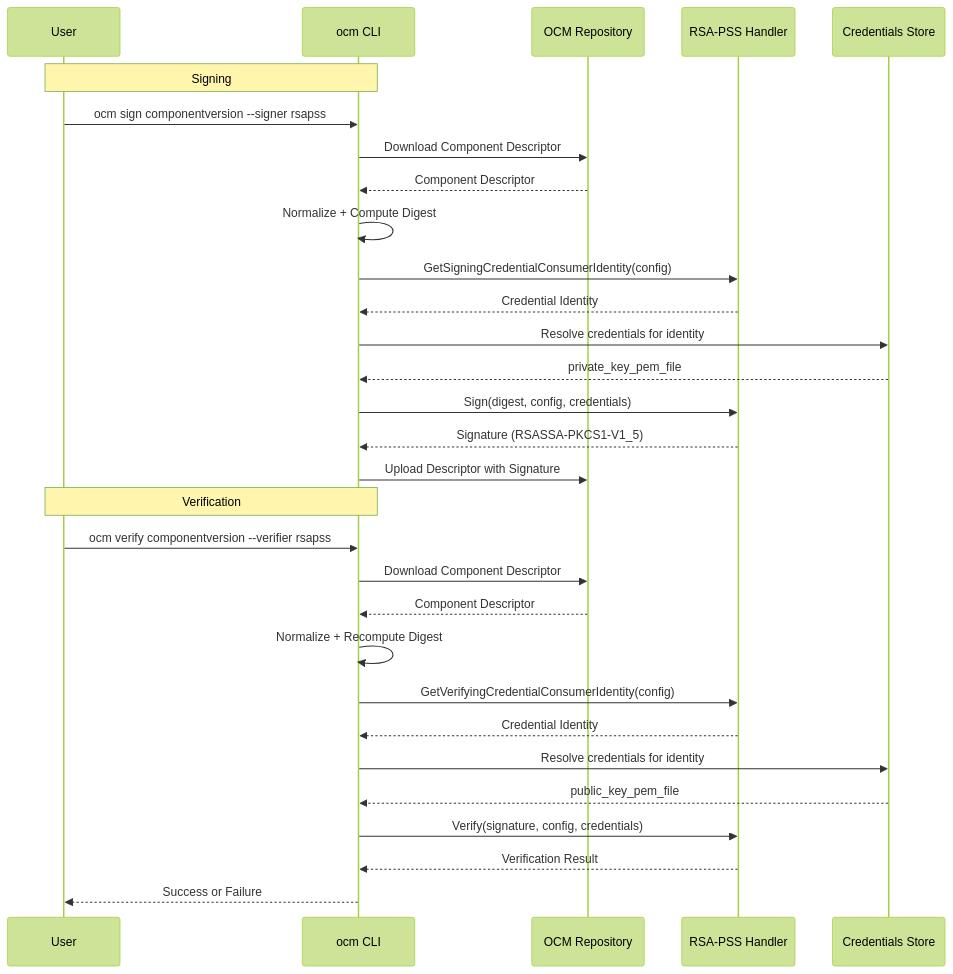
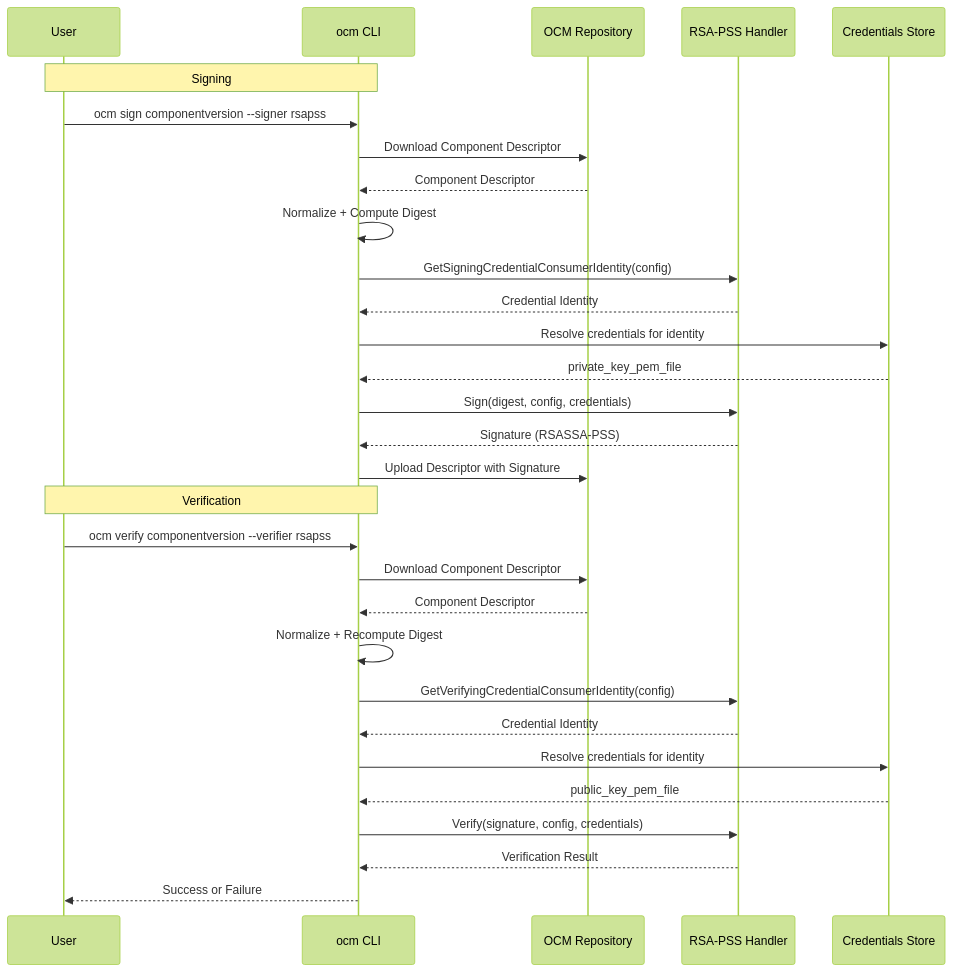
Before and after one commit to open-component-model/open-component-model: the second of 3 diagrams in docs/adr/0008_signing_verification.md, drawn with Mermaid (forest theme). The commit also changed other lines of this file, not shown here.

First line of the commit message:
docs(adr): update to RSASSA-PSS as default signing algorithm

````diff
--- a/docs/adr/0008_signing_verification.md
+++ b/docs/adr/0008_signing_verification.md
@@ -265,35 +265,35 @@
 ```mermaid
 sequenceDiagram
     participant U as User
     participant CLI as ocm CLI
     participant Repo as OCM Repository
     participant Handler as RSA-PSS Handler
     participant Creds as Credentials Store
 
     Note over U,CLI: Signing
     U->>CLI: ocm sign componentversion --signer rsapss
     CLI->>Repo: Download Component Descriptor
     Repo-->>CLI: Component Descriptor
     CLI->>CLI: Normalize + Compute Digest
     CLI->>Handler: GetSigningCredentialConsumerIdentity(config)
     Handler-->>CLI: Credential Identity
     CLI->>Creds: Resolve credentials for identity
     Creds-->>CLI: private_key_pem_file
     CLI->>Handler: Sign(digest, config, credentials)
-    Handler-->>CLI: Signature (RSASSA-PKCS1-V1_5)
+    Handler-->>CLI: Signature (RSASSA-PSS)
     CLI->>Repo: Upload Descriptor with Signature
 
     Note over U,CLI: Verification
     U->>CLI: ocm verify componentversion --verifier rsapss
     CLI->>Repo: Download Component Descriptor
     Repo-->>CLI: Component Descriptor
     CLI->>CLI: Normalize + Recompute Digest
     CLI->>Handler: GetVerifyingCredentialConsumerIdentity(config)
     Handler-->>CLI: Credential Identity
     CLI->>Creds: Resolve credentials for identity
     Creds-->>CLI: public_key_pem_file
     CLI->>Handler: Verify(signature, config, credentials)
     Handler-->>CLI: Verification Result
     CLI-->>U: Success or Failure
 
 ```
````
